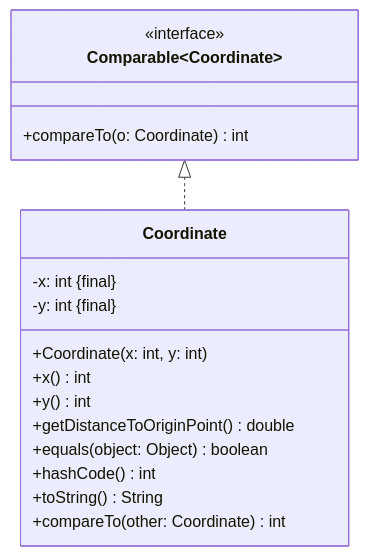
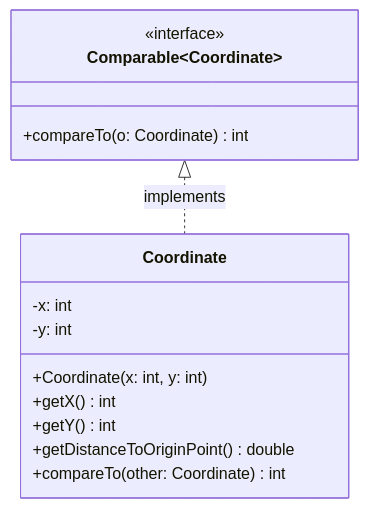
One commit to jappuccini/java-docs changed the diagram in docs/exercises/comparators/comparators01.mdx. Above: the diagram before and after it, drawn with Mermaid. The commit also changed other lines of this file and 5 other files, not shown here.

Commit message:
fix mermaid diagrams to match solution

````diff
--- a/docs/exercises/comparators/comparators01.mdx
+++ b/docs/exercises/comparators/comparators01.mdx
@@ -14,22 +14,19 @@
 ```mermaid
 classDiagram
-    Comparable~Coordinate~ <|.. Coordinate
+    Comparable~Coordinate~ <|.. Coordinate : implements
 
     class Coordinate {
-        -x: int &#123final&#125
-        -y: int &#123final&#125
+        -x: int
+        -y: int
         +Coordinate(x: int, y: int)
-        +x() int
-        +y() int
+        +getX() int
+        +getY() int
         +getDistanceToOriginPoint() double
-        +equals(object: Object) boolean
-        +hashCode() int
-        +toString() String
         +compareTo(other: Coordinate) int
     }
 
     class Comparable~Coordinate~ {
         <<interface>>
         +compareTo(o: Coordinate) int
     }
 ```
````
